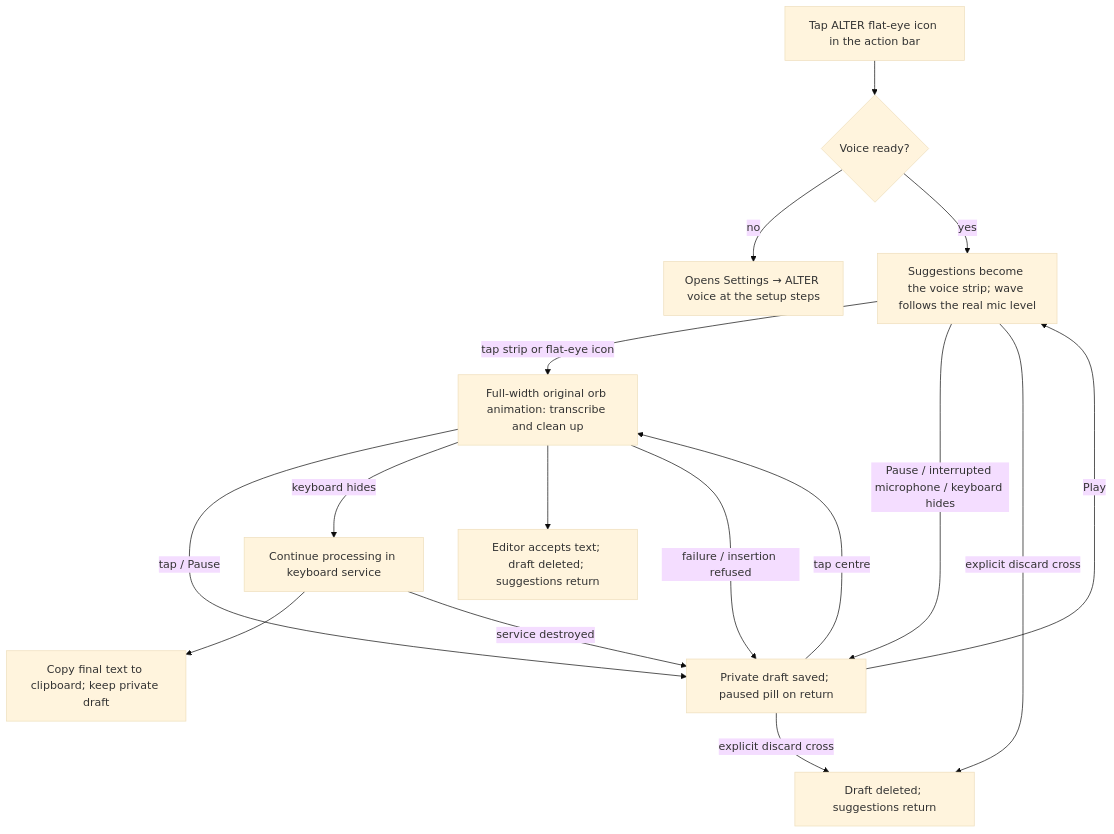
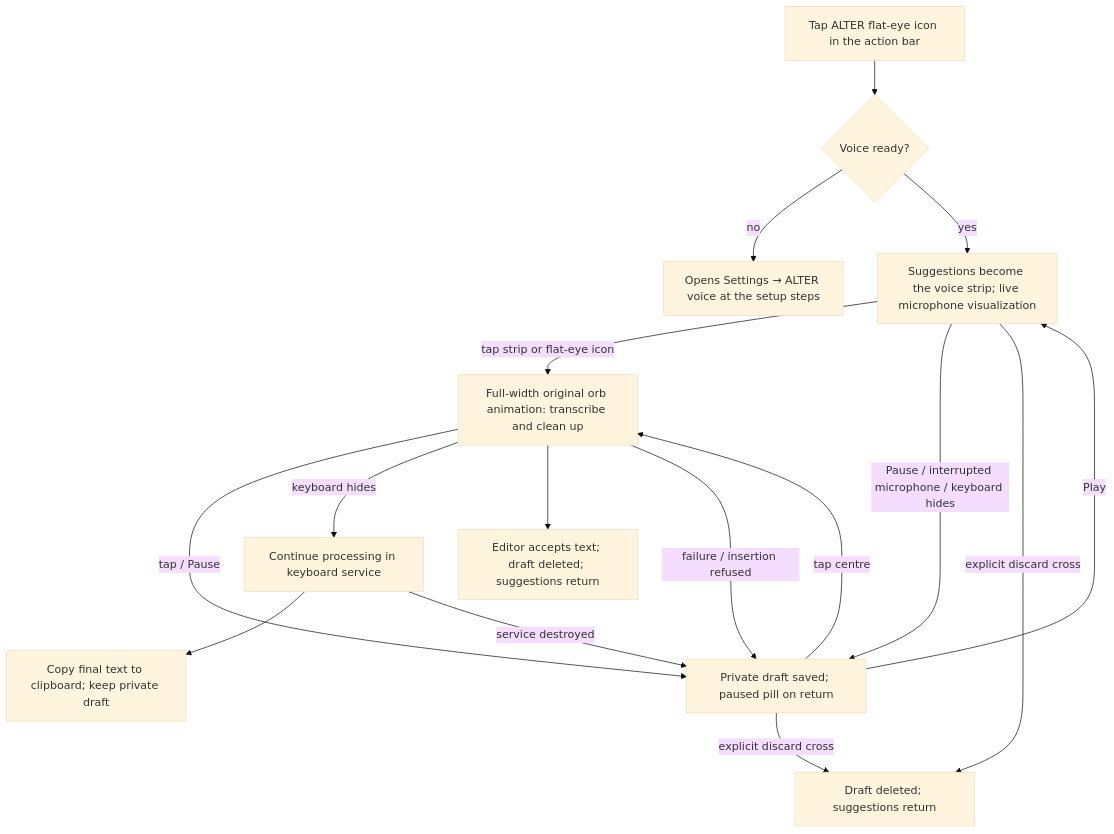
Before and after one commit to hardikk-gupta/alter-keyboard: the second of 3 diagrams in docs/SITEMAP.md, drawn with Mermaid (base theme). The commit also changed other lines of this file and 15 other files, not shown here.

````diff
--- a/docs/SITEMAP.md
+++ b/docs/SITEMAP.md
@@ -82,18 +82,18 @@
 ```mermaid
 flowchart TD
     A[Tap ALTER flat-eye icon in the action bar] --> B{Voice ready?}
     B -- no --> S[Opens Settings → ALTER voice at the setup steps]
-    B -- yes --> C[Suggestions become the voice strip; wave follows the real mic level]
+    B -- yes --> C[Suggestions become the voice strip; live microphone visualization]
     C -- tap strip or flat-eye icon --> D[Full-width original orb animation: transcribe and clean up]
     C -- Pause / interrupted microphone / keyboard hides --> P[Private draft saved; paused pill on return]
     P -- Play --> C
     P -- tap centre --> D
     C -- explicit discard cross --> X[Draft deleted; suggestions return]
     P -- explicit discard cross --> X
     D -- tap / Pause --> P
     D -- keyboard hides --> BG[Continue processing in keyboard service]
     BG --> CL[Copy final text to clipboard; keep private draft]
     BG -- service destroyed --> P
     D --> E[Editor accepts text; draft deleted; suggestions return]
     D -- failure / insertion refused --> P
 ```
````
